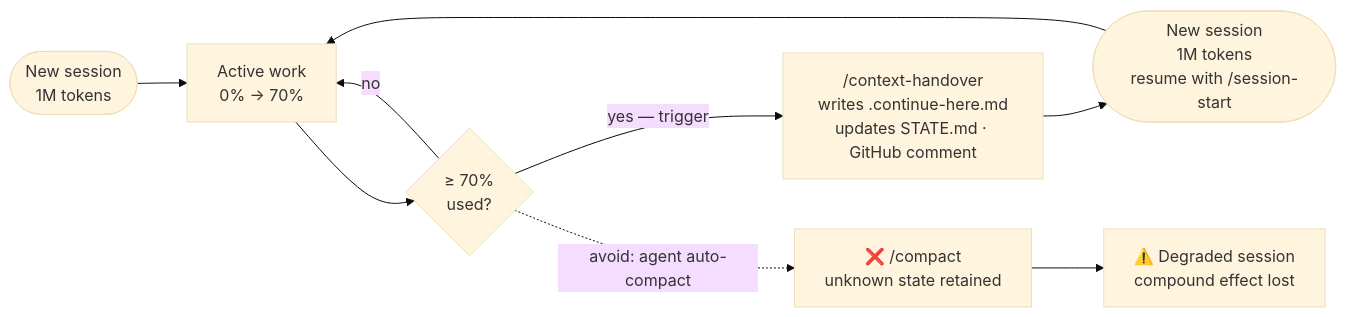
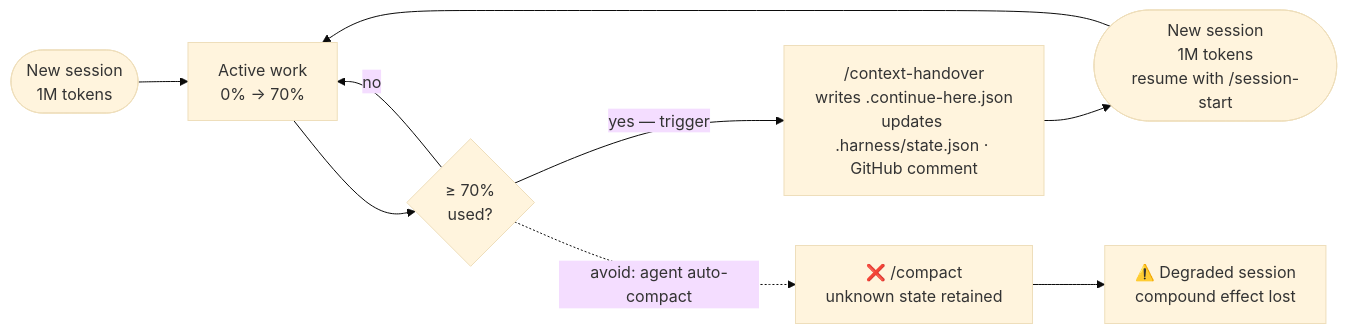
The first of 3 diagrams in README.md (ClydeShen/harness-skill), drawn with Mermaid (base theme) before and after one commit. The commit also changed other lines of this file, not shown here.

````diff
--- a/README.md
+++ b/README.md
@@ -88,12 +88,12 @@
 ```mermaid
 flowchart LR
     A([New session<br/>1M tokens]) --> B["Active work<br/>0% → 70%"]
     B --> C{"≥ 70%<br/>used?"}
     C -->|no| B
-    C -->|"yes — trigger"| D["/context-handover<br/>writes .continue-here.md<br/>updates STATE.md · GitHub comment"]
+    C -->|"yes — trigger"| D["/context-handover<br/>writes .continue-here.json<br/>updates .harness/state.json · GitHub comment"]
     D --> E([New session<br/>1M tokens<br/>resume with /session-start])
     E --> B
 
     C -. "avoid: agent auto-compact" .-> F["❌ /compact<br/>unknown state retained"]
     F --> G["⚠️ Degraded session<br/>compound effect lost"]
 ```
````
